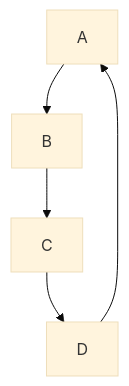
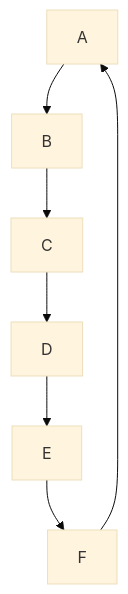
The seventh of 7 diagrams in README.md (dvamsidhar2002/Statistical-Hypothesis-Testing-with-Python), drawn with Mermaid (base theme) before and after one commit.

````diff
--- a/README.md
+++ b/README.md
@@ -71,7 +71,9 @@
   ```mermaid
   flowchart TD
   A-->B
   B-->C
   C-->D
-  D-->A
+  D-->E
+  E-->F
+  F-->A
   ```
````
